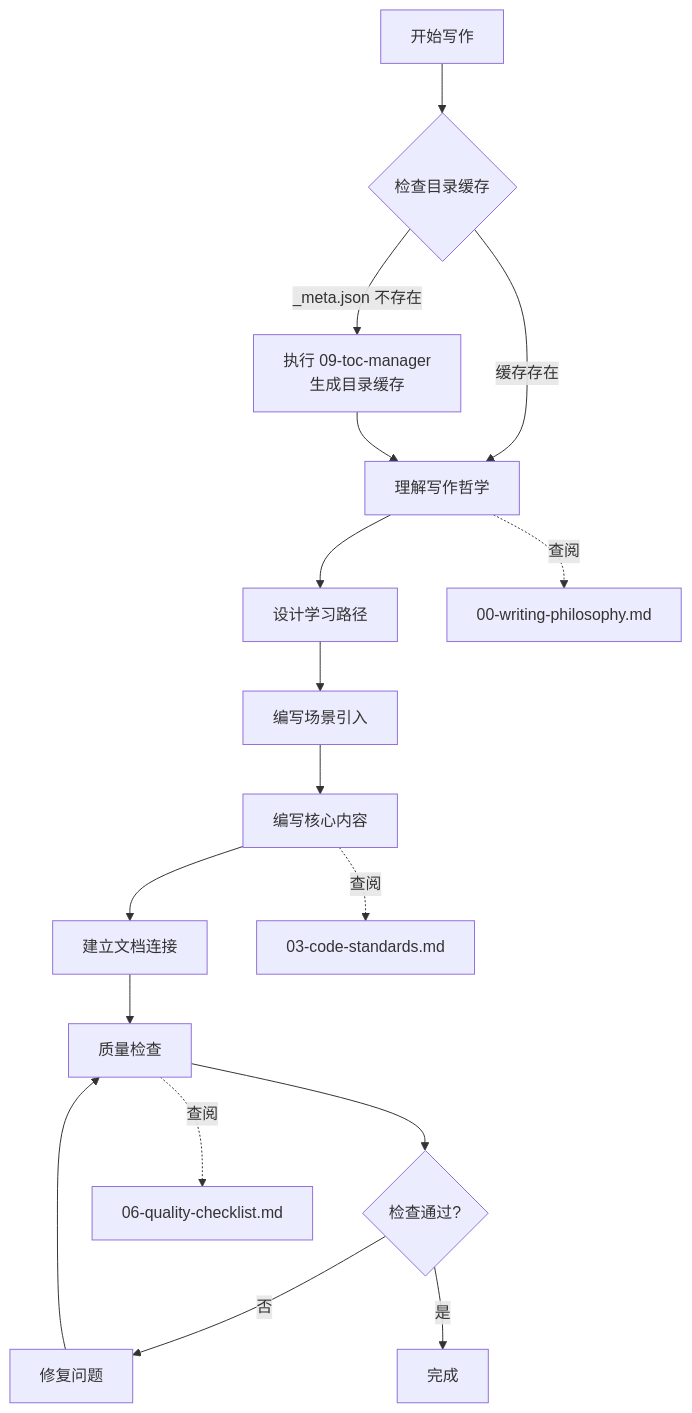
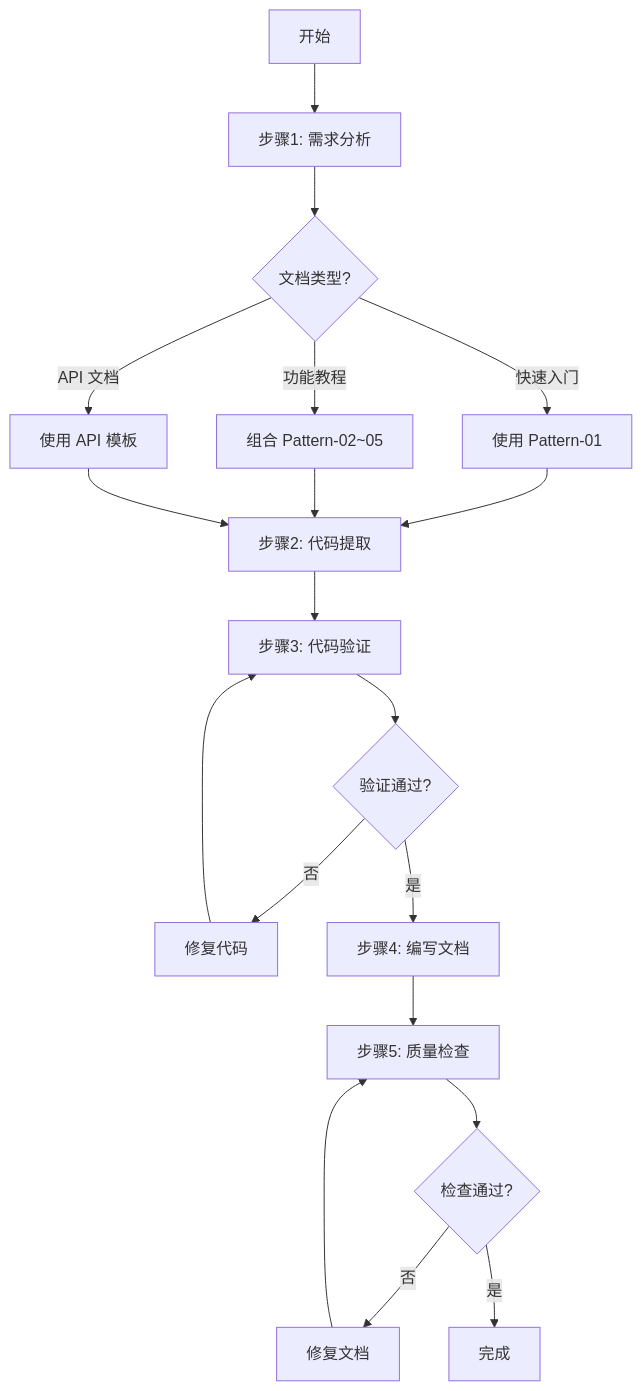
The second of 2 diagrams in .agents/skills/feat-docs-tutorial/SKILL.md (smartboot/feat), drawn with Mermaid before and after one commit. The commit also changed other lines of this file and 8 other files, not shown here.

````diff
--- a/.agents/skills/feat-docs-tutorial/SKILL.md
+++ b/.agents/skills/feat-docs-tutorial/SKILL.md
@@ -54,20 +81,21 @@
 ```mermaid
 flowchart TD
-    A[开始写作] --> B{检查目录缓存}
-    B -->|_meta.json 不存在| C[执行 09-toc-manager<br/>生成目录缓存]
-    B -->|缓存存在| D[理解写作哲学]
-    C --> D
-    D --> E[设计学习路径]
-    E --> F[编写场景引入]
-    F --> G[编写核心内容]
-    G --> H[建立文档连接]
-    H --> I[质量检查]
-    I --> J{检查通过?}
-    J -->|否| K[修复问题]
-    K --> I
-    J -->|是| L[完成]
-    
-    D -.->|查阅| D1[00-writing-philosophy.md]
-    G -.->|查阅| G1[03-code-standards.md]
-    I -.->|查阅| I1[06-quality-checklist.md]
+    A[开始] --> B[步骤1: 需求分析]
+    B --> C{文档类型?}
+    C -->|快速入门| D[使用 Pattern-01]
+    C -->|功能教程| E[组合 Pattern-02~05]
+    C -->|API 文档| F[使用 API 模板]
+    D --> G[步骤2: 代码提取]
+    E --> G
+    F --> G
+    G --> H[步骤3: 代码验证]
+    H --> I{验证通过?}
+    I -->|否| J[修复代码]
+    J --> H
+    I -->|是| K[步骤4: 编写文档]
+    K --> L[步骤5: 质量检查]
+    L --> M{检查通过?}
+    M -->|否| N[修复文档]
+    N --> L
+    M -->|是| O[完成]
 ```
````
